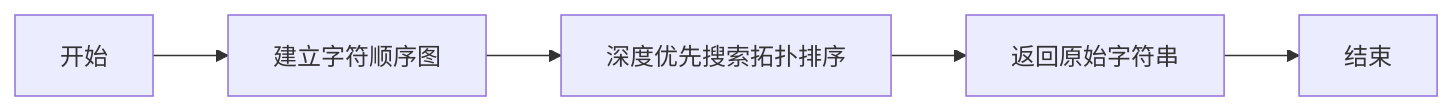
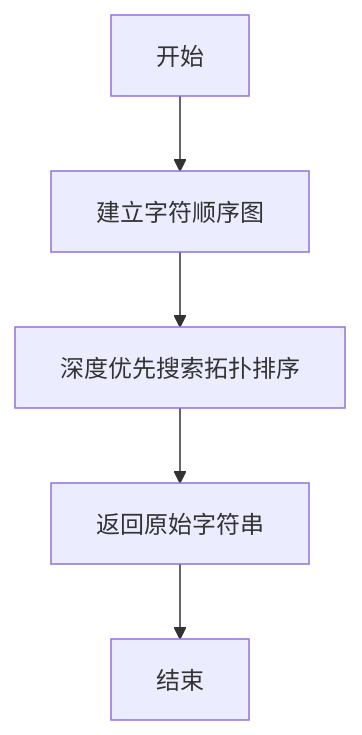
One commit to RonaWhite/python changed the fifth of 6 diagrams in experiment3.md. Above: the diagram before and after it, drawn with Mermaid. The commit also changed other lines of this file, not shown here.

````diff
--- a/experiment3.md
+++ b/experiment3.md
@@ -1258,7 +1258,7 @@
 ```mermaid
-graph LR;
+graph TD;
     A[开始] --> B[建立字符顺序图]
     B --> C[深度优先搜索拓扑排序]
     C --> D[返回原始字符串]
     D --> E[结束]
 ```
````
